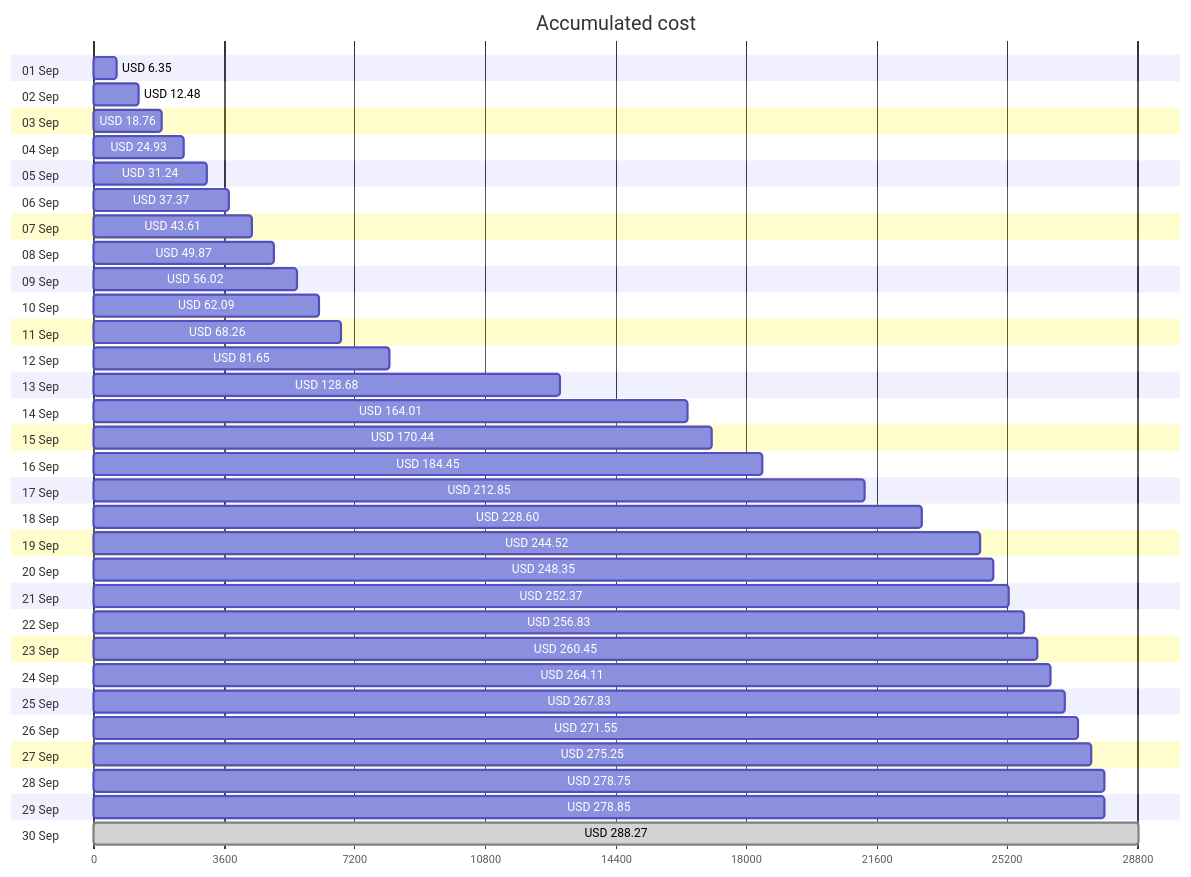
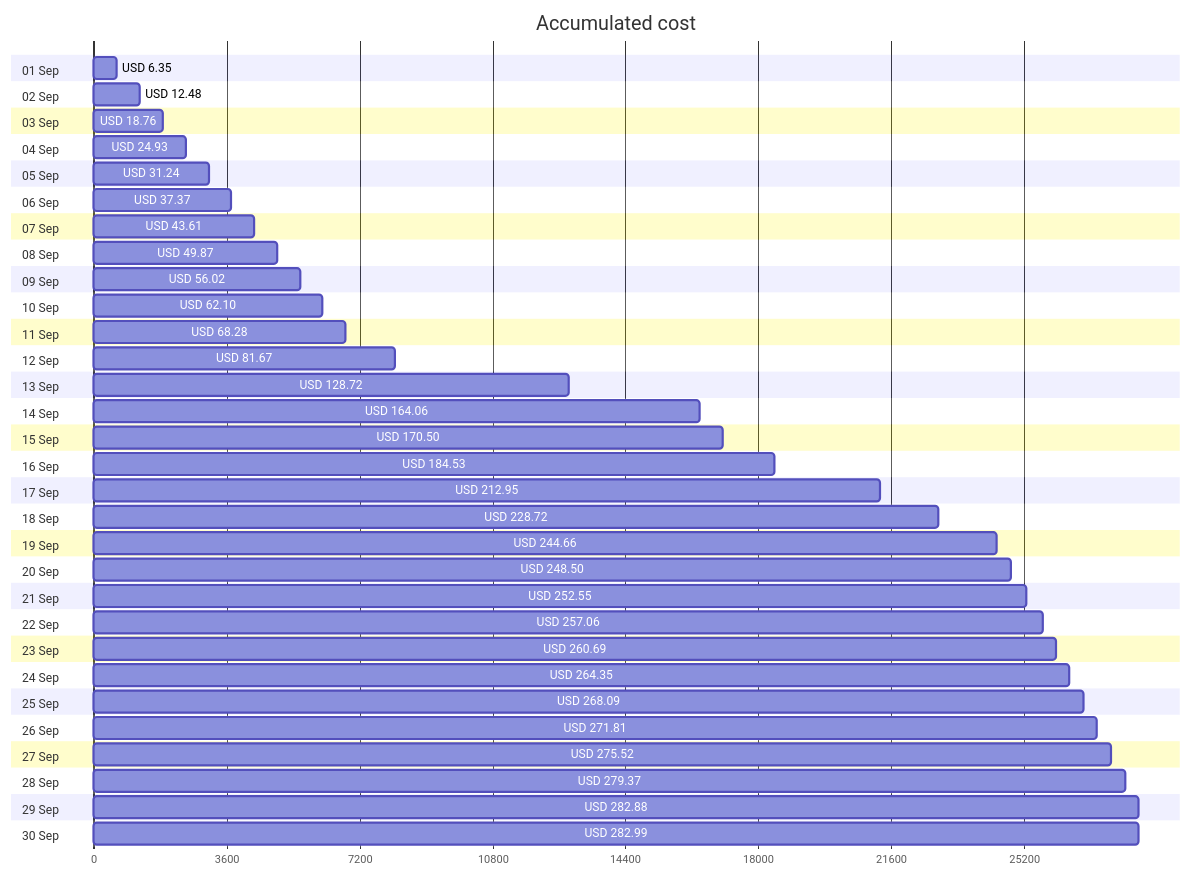
Before and after one commit to jpfulton/azure-personal-reports: the first of 4 diagrams in cost-reports/accumulated-cost.md, drawn with Mermaid. The commit also changed other lines of this file and 4 other files, not shown here.

````diff
--- a/cost-reports/accumulated-cost.md
+++ b/cost-reports/accumulated-cost.md
@@ -20,66 +20,66 @@
 ```mermaid
 gantt
    title Accumulated cost
    dateFormat  X
    axisFormat %s
    section 01 Sep
    USD 6.35 :0, 635
    section 02 Sep
    USD 12.48 :0, 1248
    section 03 Sep
    USD 18.76 :0, 1876
    section 04 Sep
    USD 24.93 :0, 2493
    section 05 Sep
    USD 31.24 :0, 3124
    section 06 Sep
    USD 37.37 :0, 3737
    section 07 Sep
    USD 43.61 :0, 4361
    section 08 Sep
    USD 49.87 :0, 4987
    section 09 Sep
    USD 56.02 :0, 5602
    section 10 Sep
-   USD 62.09 :0, 6209
+   USD 62.10 :0, 6210
    section 11 Sep
-   USD 68.26 :0, 6826
+   USD 68.28 :0, 6828
    section 12 Sep
-   USD 81.65 :0, 8165
+   USD 81.67 :0, 8167
    section 13 Sep
-   USD 128.68 :0, 12868
+   USD 128.72 :0, 12872
    section 14 Sep
-   USD 164.01 :0, 16401
+   USD 164.06 :0, 16406
    section 15 Sep
-   USD 170.44 :0, 17044
+   USD 170.50 :0, 17050
    section 16 Sep
-   USD 184.45 :0, 18445
+   USD 184.53 :0, 18453
    section 17 Sep
-   USD 212.85 :0, 21285
+   USD 212.95 :0, 21295
    section 18 Sep
-   USD 228.60 :0, 22860
+   USD 228.72 :0, 22872
    section 19 Sep
-   USD 244.52 :0, 24452
+   USD 244.66 :0, 24466
    section 20 Sep
-   USD 248.35 :0, 24835
+   USD 248.50 :0, 24850
    section 21 Sep
-   USD 252.37 :0, 25237
+   USD 252.55 :0, 25255
    section 22 Sep
-   USD 256.83 :0, 25683
+   USD 257.06 :0, 25706
    section 23 Sep
-   USD 260.45 :0, 26045
+   USD 260.69 :0, 26069
    section 24 Sep
-   USD 264.11 :0, 26411
+   USD 264.35 :0, 26435
    section 25 Sep
-   USD 267.83 :0, 26783
+   USD 268.09 :0, 26809
    section 26 Sep
-   USD 271.55 :0, 27155
+   USD 271.81 :0, 27181
    section 27 Sep
-   USD 275.25 :0, 27525
+   USD 275.52 :0, 27552
    section 28 Sep
-   USD 278.75 :0, 27875
+   USD 279.37 :0, 27937
    section 29 Sep
-   USD 278.85 :0, 27885
+   USD 282.88 :0, 28288
    section 30 Sep
-   USD 288.27 : done, 0, 28827
+   USD 282.99 :0, 28299
 ```
````
